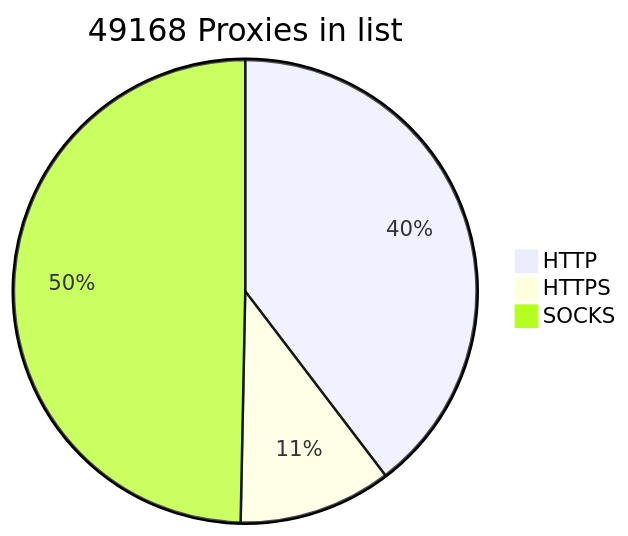
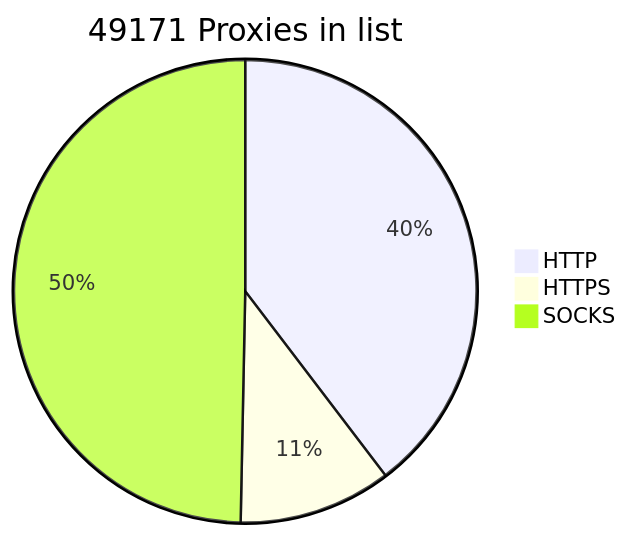
The diagram in README.md (BlackSnowDot/proxylist-update-every-minute), drawn with Mermaid before and after one commit.

````diff
--- a/README.md
+++ b/README.md
@@ -2,6 +2,6 @@
 ```mermaid
-pie title 49168 Proxies in list
+pie title 49171 Proxies in list
     "HTTP" : 21540
     "HTTPS": 5800
-    "SOCKS" : 26993
+    "SOCKS" : 26996
 ```
````
